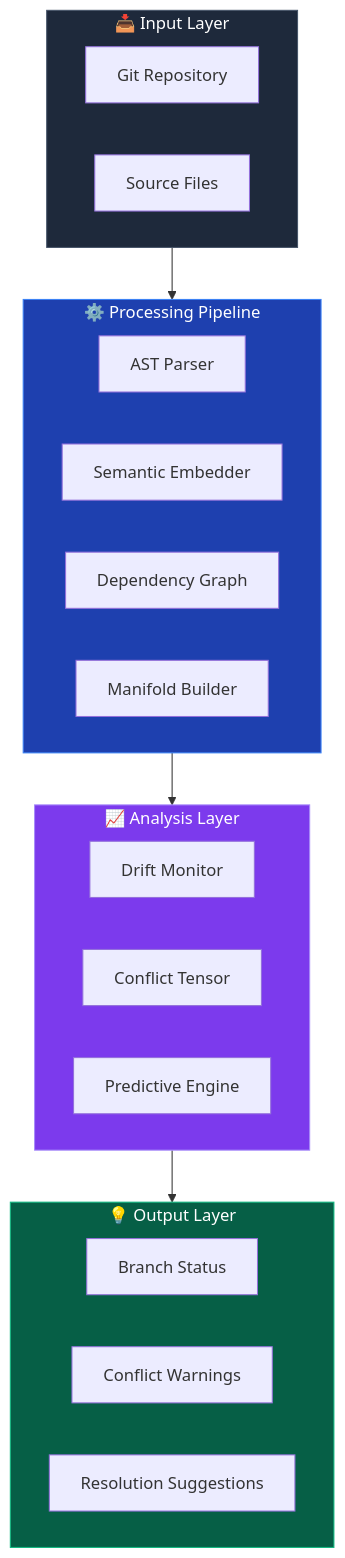
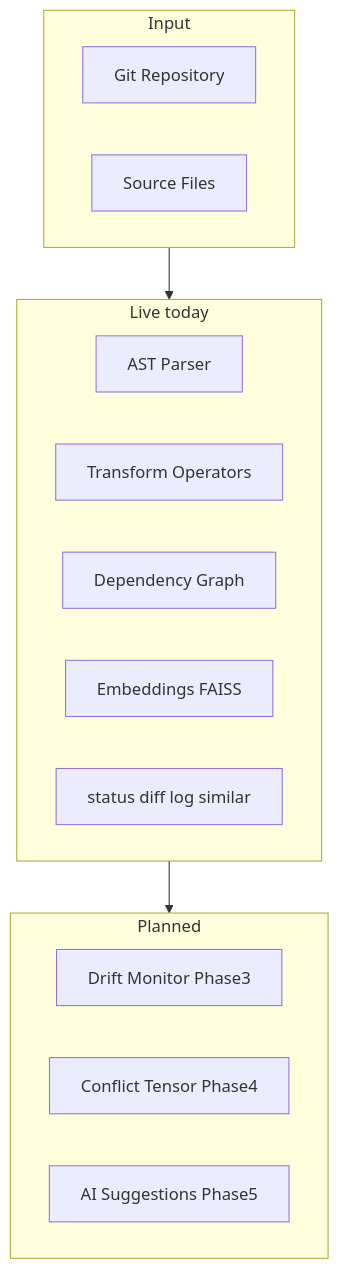
Before and after one commit to Sarthak2233/GDSS: the fifth of 5 diagrams in README.md, drawn with Mermaid. The commit also changed other lines of this file and 29 other files, not shown here.

Commit message:
feat: Phase 2 embeddings

````diff
--- a/README.md
+++ b/README.md
@@ -339,35 +366,24 @@
 ```mermaid
 flowchart TD
-    subgraph Input["📥 Input Layer"]
+    subgraph Input["Input"]
         Git[Git Repository]
         Files[Source Files]
     end
-    
-    subgraph Processing["⚙️ Processing Pipeline"]
+
+    subgraph Live["Live today"]
         AST[AST Parser]
-        Embed[Semantic Embedder]
+        TX[Transform Operators]
         Graph[Dependency Graph]
-        Manifold[Manifold Builder]
+        Embed[Embeddings FAISS]
+        Status[status diff log similar]
     end
-    
-    subgraph Analysis["📈 Analysis Layer"]
-        Drift[Drift Monitor]
-        Tensor[Conflict Tensor]
-        Predict[Predictive Engine]
+
+    subgraph Planned["Planned"]
+        Drift[Drift Monitor Phase3]
+        Tensor[Conflict Tensor Phase4]
+        Suggest[AI Suggestions Phase5]
     end
-    
-    subgraph Output["💡 Output Layer"]
-        Status[Branch Status]
-        Warnings[Conflict Warnings]
-        Suggestions[Resolution Suggestions]
-    end
-    
-    Input --> Processing
-    Processing --> Analysis
-    Analysis --> Output
-    
-    style Input fill:#1e293b,stroke:#475569,color:#fff
-    style Processing fill:#1e40af,stroke:#3b82f6,color:#fff
-    style Analysis fill:#7c3aed,stroke:#a78bfa,color:#fff
-    style Output fill:#065f46,stroke:#10b981,color:#fff
+
+    Input --> Live
+    Live --> Planned
 ```
````
